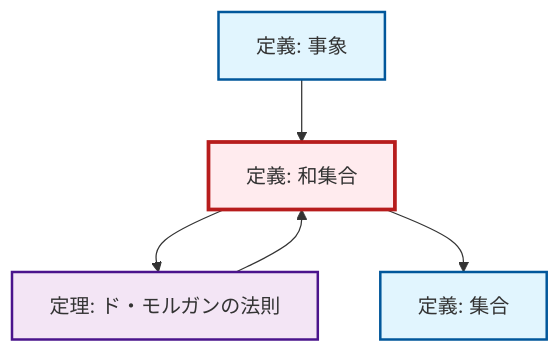
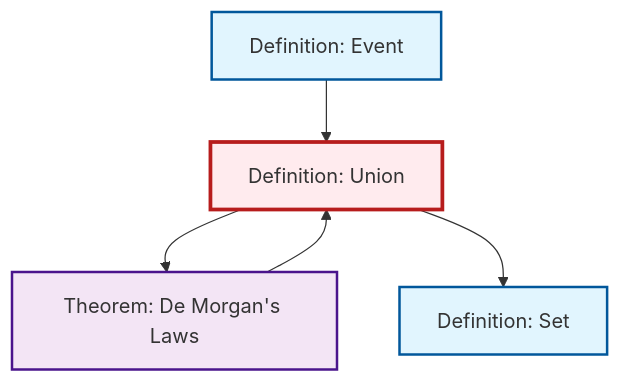
Before and after one commit to RK0429/ModernMath: the diagram in content/ja/logic-set-theory/def-union.qmd, drawn with Mermaid. The commit also changed 203 other files, not shown here.

````diff
--- a/content/ja/logic-set-theory/def-union.qmd
+++ b/content/ja/logic-set-theory/def-union.qmd
@@ -54,22 +54,18 @@
 ```{mermaid}
-%%| fig-cap: "ローカル依存関係グラフ"
+%%| fig-cap: "Local dependency graph"
 graph TD
     classDef definition fill:#e1f5fe,stroke:#01579b,stroke-width:2px
     classDef theorem fill:#f3e5f5,stroke:#4a148c,stroke-width:2px
     classDef axiom fill:#fff3e0,stroke:#e65100,stroke-width:2px
     classDef example fill:#e8f5e9,stroke:#1b5e20,stroke-width:2px
     classDef current fill:#ffebee,stroke:#b71c1c,stroke-width:3px
-    def-event["定義: 事象"]:::definition
-    def-union["定義: 和集合"]:::definition
-    def-set["定義: 集合"]:::definition
-    thm-de-morgan["定理: ド・モルガンの法則"]:::theorem
+    def-event["Definition: Event"]:::definition
+    def-union["Definition: Union"]:::definition
+    def-set["Definition: Set"]:::definition
+    thm-de-morgan["Theorem: De Morgan's Laws"]:::theorem
     def-union --> thm-de-morgan
     thm-de-morgan --> def-union
     def-union --> def-set
     def-event --> def-union
     class def-union current
-
-    click def-event "def-event.html" "Go to 定義: 事象"
-    click def-set "def-set.html" "Go to 定義: 集合"
-    click thm-de-morgan "thm-de-morgan.html" "Go to 定理: ド・モルガンの法則"
 ```
````
